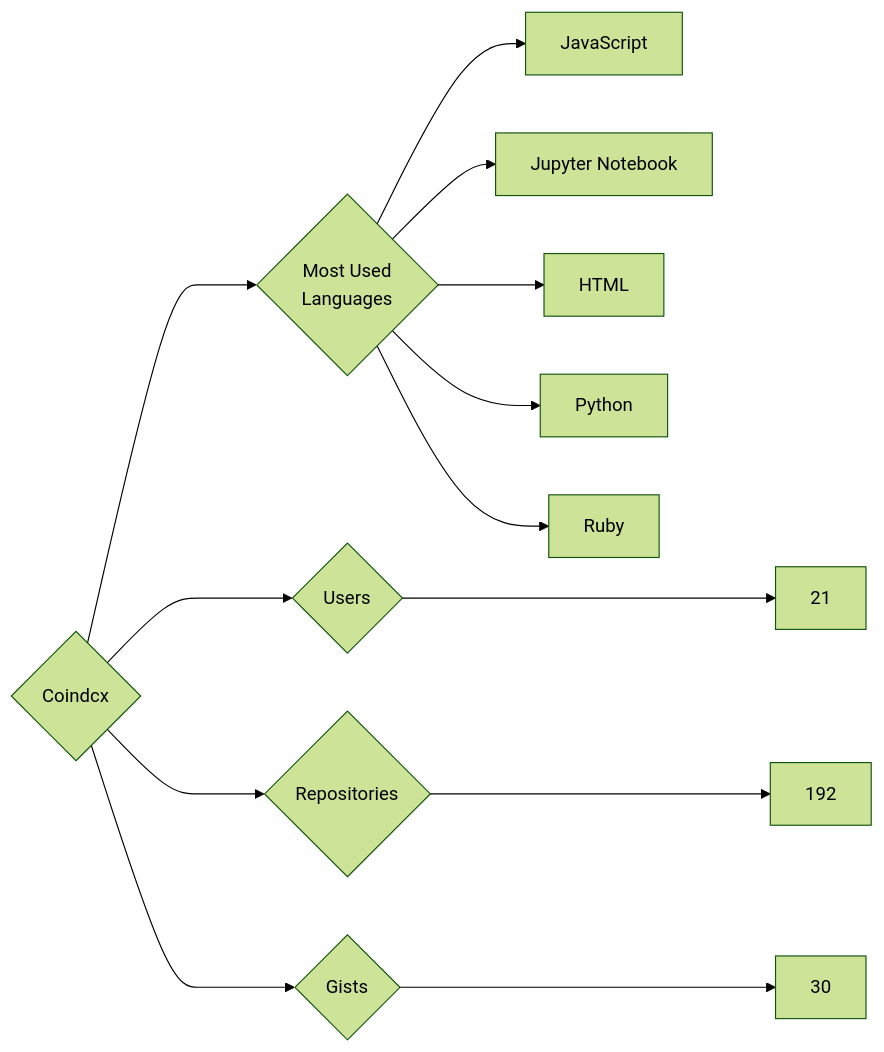
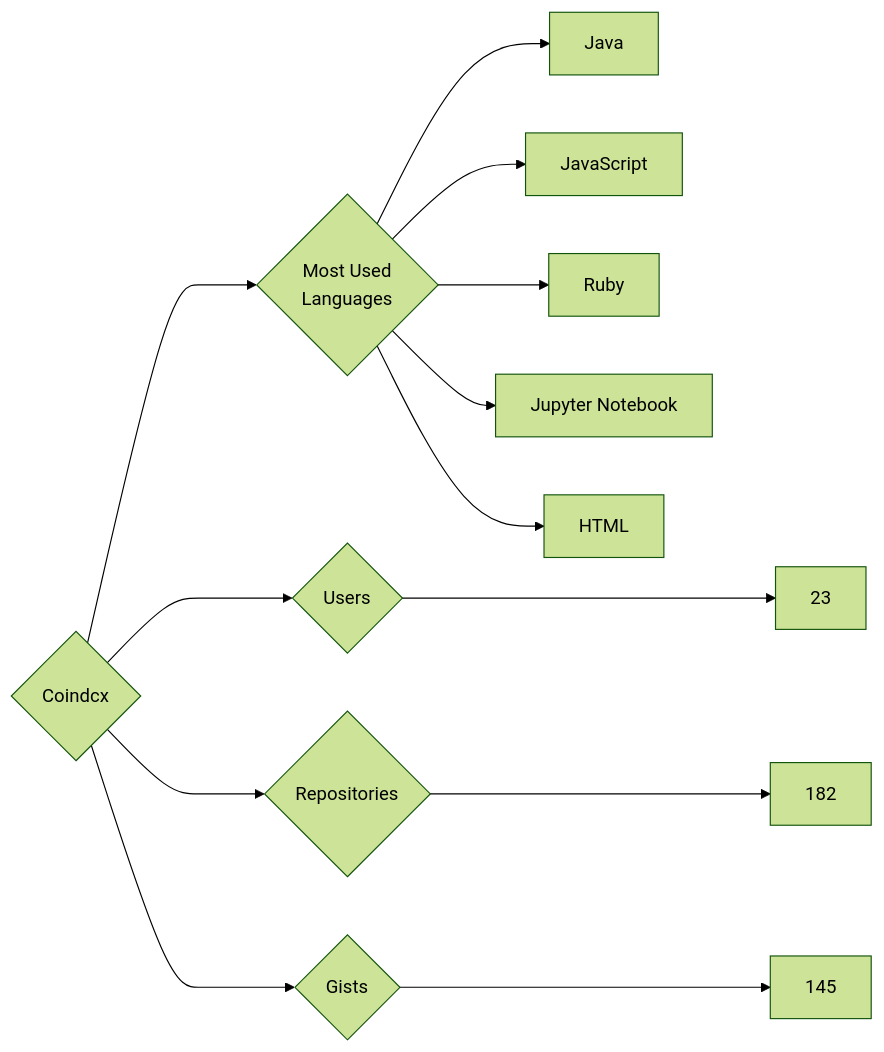
Before and after one commit to trickest/insiders: the diagram in targets/Coindcx/README.md, drawn with Mermaid (forest theme). The commit also changed 629 other files, not shown here.

````diff
--- a/targets/Coindcx/README.md
+++ b/targets/Coindcx/README.md
@@ -3,13 +3,13 @@
 ```mermaid
 graph LR
 COMPANY_NAME{Coindcx}
-COMPANY_NAME ---> U{Users} ---> UN[21]
-COMPANY_NAME ---> R{Repositories} ---> RN[192]
-COMPANY_NAME ---> G{Gists} ---> GN[30]
+COMPANY_NAME ---> U{Users} ---> UN[23]
+COMPANY_NAME ---> R{Repositories} ---> RN[182]
+COMPANY_NAME ---> G{Gists} ---> GN[145]
 COMPANY_NAME ---> ML{Most Used<br>Languages}
+ML --> Java[Java]
 ML --> JavaScript[JavaScript]
+ML --> Ruby[Ruby]
 ML --> Jupyter_Notebook[Jupyter Notebook]
 ML --> HTML[HTML]
-ML --> Python[Python]
-ML --> Ruby[Ruby]
 ```
````
